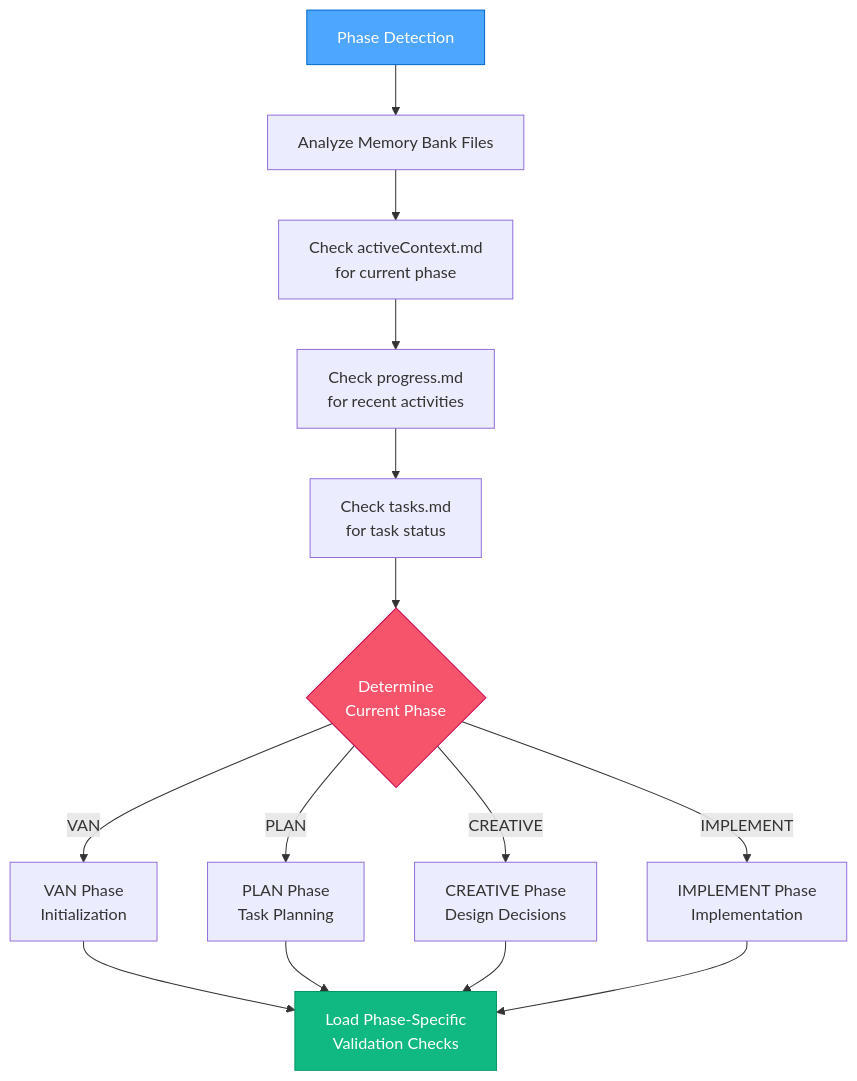
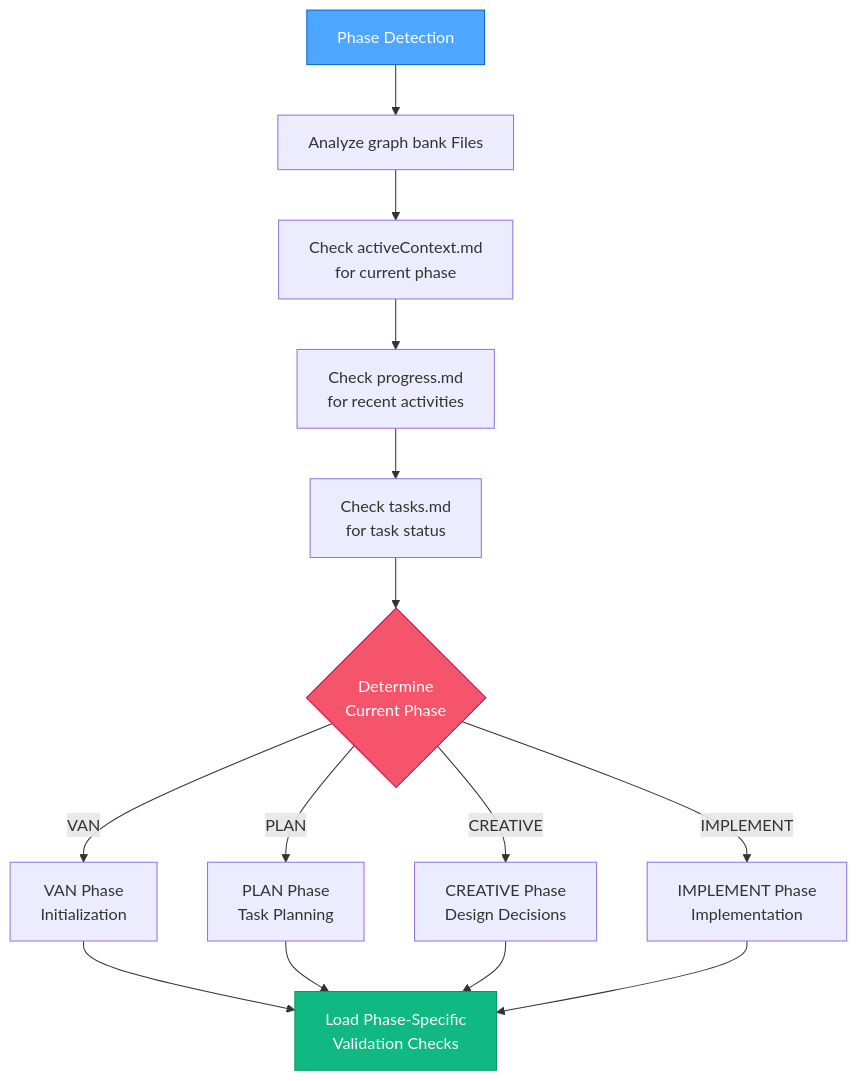
One commit to 7Spade/cursor-memory-bank changed the second of 10 diagrams in .cursor/rules/isolation_rules/visual-maps/qa-mode-map.mdc. Above: the diagram before and after it, drawn with Mermaid. The commit also changed other lines of this file and 43 other files, not shown here.

Commit message:
refactor: Update terminology from "Memory Bank" to "graph bank" across all relevant files, enhancing consistency in documentation and improving clarity in the system's architecture and processes

````diff
--- a/.cursor/rules/isolation_rules/visual-maps/qa-mode-map.mdc
+++ b/.cursor/rules/isolation_rules/visual-maps/qa-mode-map.mdc
@@ -65,19 +65,19 @@
 ```mermaid
 graph TD
-    PD["Phase Detection"] --> CheckMB["Analyze Memory Bank Files"]
+    PD["Phase Detection"] --> CheckMB["Analyze graph bank Files"]
     CheckMB --> CheckActive["Check activeContext.md<br>for current phase"]
     CheckActive --> CheckProgress["Check progress.md<br>for recent activities"]
     CheckProgress --> CheckTasks["Check tasks.md<br>for task status"]
     
     CheckTasks --> PhaseResult{"Determine<br>Current Phase"}
     PhaseResult -->|"VAN"| VAN["VAN Phase<br>Initialization"]
     PhaseResult -->|"PLAN"| PLAN["PLAN Phase<br>Task Planning"]
     PhaseResult -->|"CREATIVE"| CREATIVE["CREATIVE Phase<br>Design Decisions"]
     PhaseResult -->|"IMPLEMENT"| IMPLEMENT["IMPLEMENT Phase<br>Implementation"]
     
     VAN & PLAN & CREATIVE & IMPLEMENT --> LoadChecks["Load Phase-Specific<br>Validation Checks"]
     
     style PD fill:#4da6ff,stroke:#0066cc,color:white
     style PhaseResult fill:#f6546a,stroke:#c30052,color:white
     style LoadChecks fill:#10b981,stroke:#059669,color:white
 ```
````
